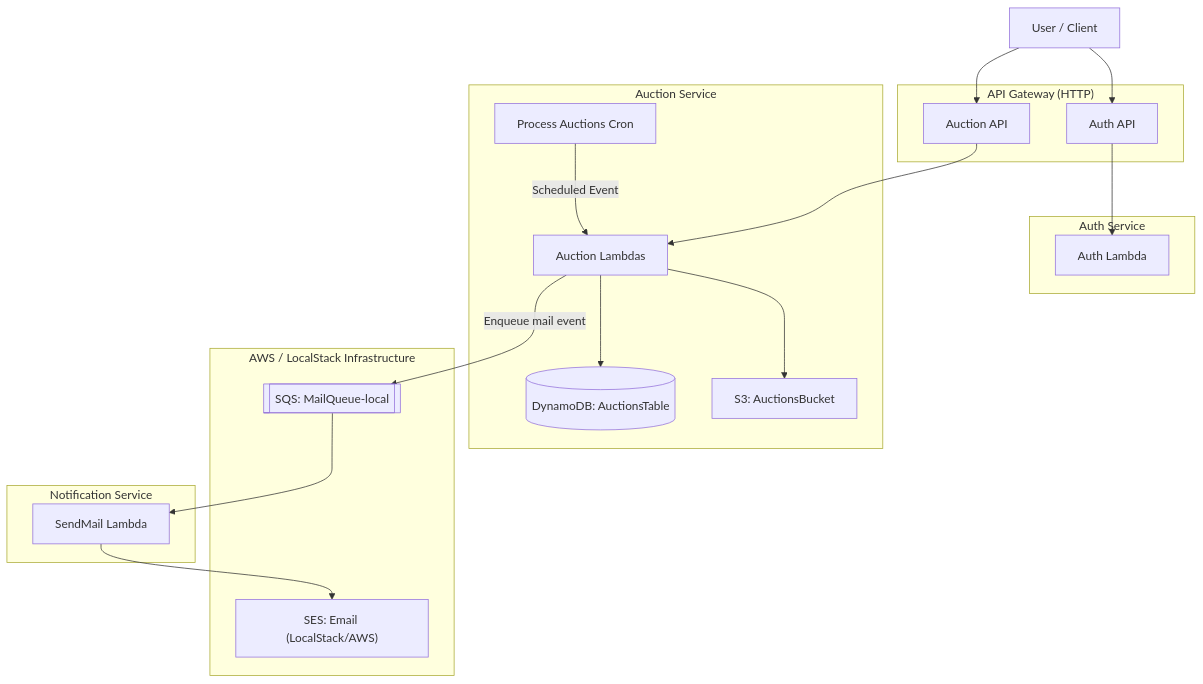
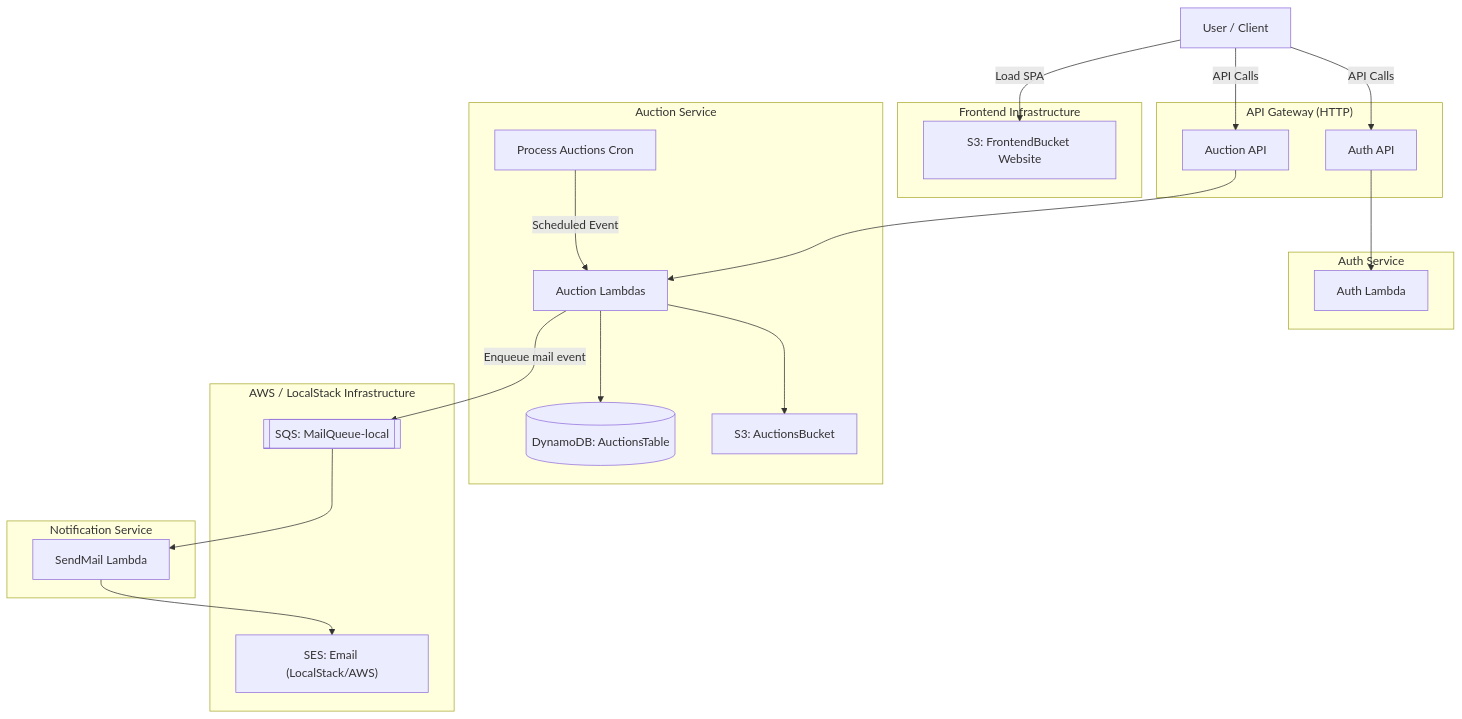
One commit to UchihaIthachi/serverless-auction-platform changed the diagram in README.md. Above: the diagram before and after it, drawn with Mermaid. The commit also changed other lines of this file and 19 other files, not shown here.

````diff
--- a/README.md
+++ b/README.md
@@ -9,44 +9,49 @@
 ```mermaid
 graph TD
     User[User / Client]
+
+    subgraph "Frontend Infrastructure"
+        FrontendBucket[S3: FrontendBucket Website]
+    end
 
     subgraph "API Gateway (HTTP)"
         AuthAPI[Auth API]
         AuctionAPI[Auction API]
     end
 
     subgraph "Auth Service"
         AuthLambda[Auth Lambda]
     end
 
     subgraph "Auction Service"
         AuctionLambda[Auction Lambdas]
         ProcessAuctions[Process Auctions Cron]
         AuctionsDB[(DynamoDB: AuctionsTable)]
         AuctionsBucket[S3: AuctionsBucket]
     end
 
     subgraph "Notification Service"
         NotifyLambda[SendMail Lambda]
     end
 
     subgraph "AWS / LocalStack Infrastructure"
         MailQueue[[SQS: MailQueue-local]]
         SES["SES: Email (LocalStack/AWS)"]
     end
 
-    User --> AuthAPI
-    User --> AuctionAPI
+    User -- "Load SPA" --> FrontendBucket
+    User -- "API Calls" --> AuthAPI
+    User -- "API Calls" --> AuctionAPI
 
     AuthAPI --> AuthLambda
     AuctionAPI --> AuctionLambda
 
     AuctionLambda --> AuctionsDB
     AuctionLambda --> AuctionsBucket
     AuctionLambda -- "Enqueue mail event" --> MailQueue
 
     ProcessAuctions -- "Scheduled Event" --> AuctionLambda
 
     MailQueue --> NotifyLambda
     NotifyLambda --> SES
 ```
````
